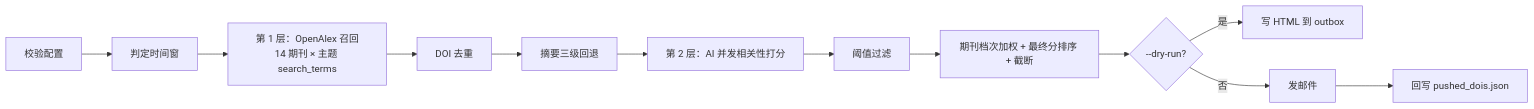
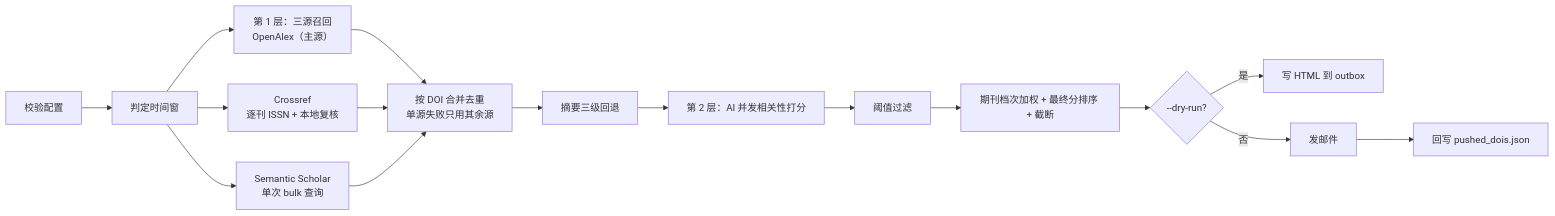
Before and after one commit to zhouyuhang227-star/weekly-literature-push: the diagram in README.md, drawn with Mermaid. The commit also changed other lines of this file and 10 other files, not shown here.

First line of the commit message:
feat: 增加 Crossref 与 Semantic Scholar 备用数据源（三源并集检索）

````diff
--- a/README.md
+++ b/README.md
@@ -358,14 +374,18 @@
 ```mermaid
 flowchart LR
     A[校验配置] --> B[判定时间窗]
-    B --> C["第 1 层：OpenAlex 召回<br/>14 期刊 × 主题 search_terms"]
-    C --> D[DOI 去重]
+    B --> C1["第 1 层：三源召回<br/>OpenAlex（主源）"]
+    B --> C2["Crossref<br/>逐刊 ISSN + 本地复核"]
+    B --> C3["Semantic Scholar<br/>单次 bulk 查询"]
+    C1 --> D[按 DOI 合并去重<br/>单源失败只用其余源]
+    C2 --> D
+    C3 --> D
     D --> E[摘要三级回退]
     E --> F["第 2 层：AI 并发相关性打分"]
     F --> G[阈值过滤]
     G --> R[期刊档次加权 + 最终分排序 + 截断]
     R --> H{--dry-run?}
     H -- 是 --> I[写 HTML 到 outbox]
     H -- 否 --> J[发邮件]
     J --> K[回写 pushed_dois.json]
 ```
````
